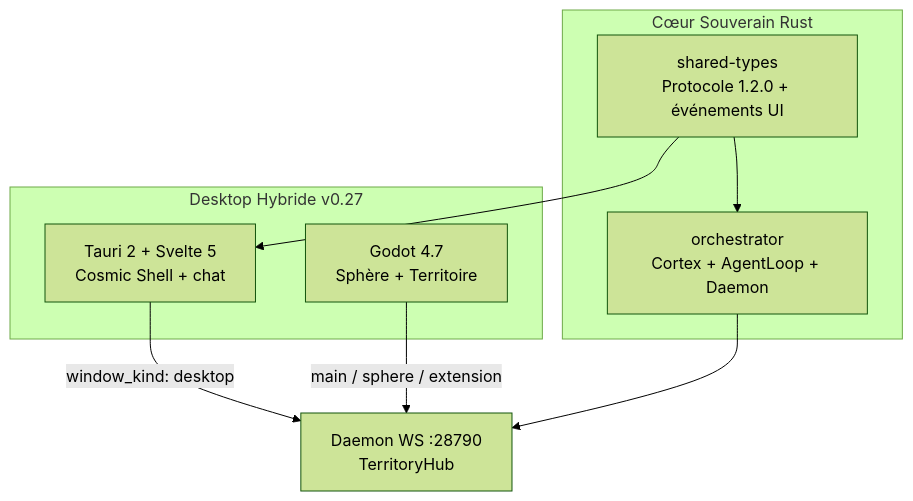
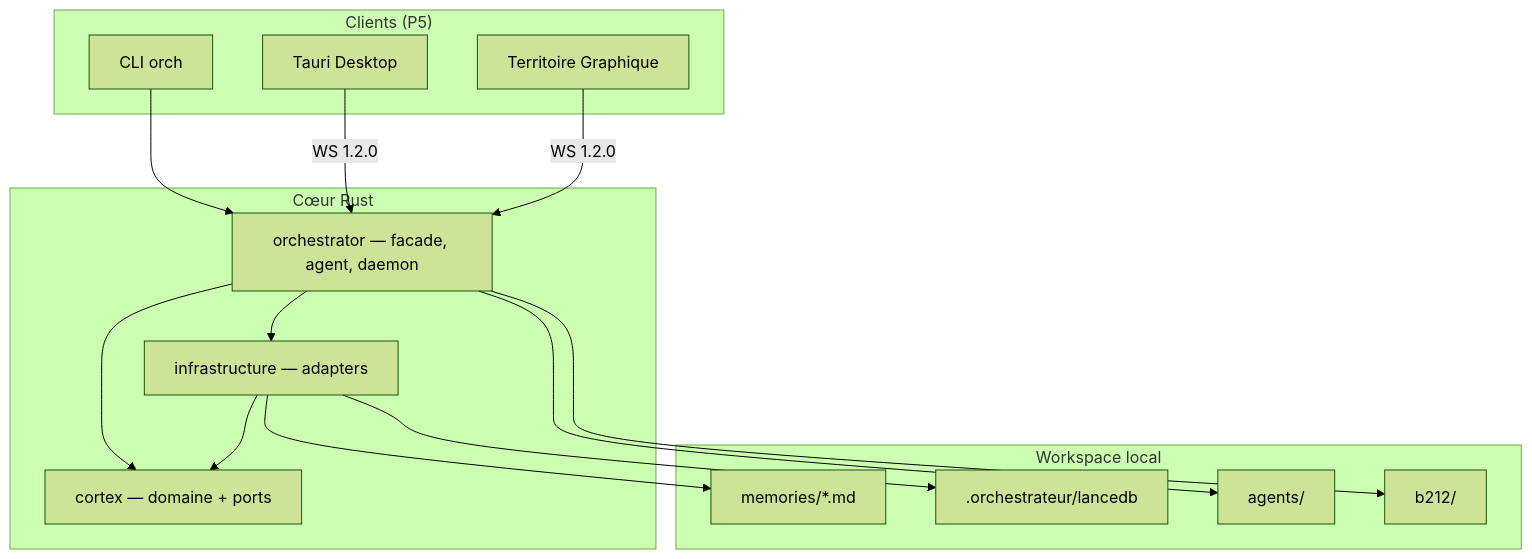
One commit to SovenLabs/orchestrateur changed the diagram in docs/architecture.md. Above: the diagram before and after it, drawn with Mermaid (forest theme). The commit also changed other lines of this file and 160 other files, not shown here.

````diff
--- a/docs/architecture.md
+++ b/docs/architecture.md
@@ -9,19 +11,32 @@
 ```mermaid
 flowchart TB
-    subgraph Desktop["Desktop Hybride v0.27"]
-        Tauri["Tauri 2 + Svelte 5<br/>Cosmic Shell + chat"]
-        Godot["Godot 4.7<br/>Sphère + Territoire"]
+    subgraph Clients["Clients (P5)"]
+        CLI["CLI orch"]
+        Tauri["Tauri Desktop"]
+        Godot["Territoire Graphique"]
     end
 
-    subgraph Rust["Cœur Souverain Rust"]
-        Orch["orchestrator<br/>Cortex + AgentLoop + Daemon"]
-        Types["shared-types<br/>Protocole 1.2.0 + événements UI"]
+    subgraph Core["Cœur Rust"]
+        Cortex["cortex — domaine + ports"]
+        Infra["infrastructure — adapters"]
+        Orch["orchestrator — facade, agent, daemon"]
     end
 
-    Tauri -->|window_kind: desktop| Daemon
-    Godot -->|main / sphere / extension| Daemon
-    Daemon["Daemon WS :28790<br/>TerritoryHub"]
-    Orch --> Daemon
-    Types --> Tauri
-    Types --> Orch
+    subgraph Data["Workspace local"]
+        MD["memories/*.md"]
+        LDB[".orchestrateur/lancedb"]
+        Agents["agents/"]
+        B212["b212/"]
+    end
+
+    CLI --> Orch
+    Tauri -->|WS 1.2.0| Orch
+    Godot -->|WS 1.2.0| Orch
+    Orch --> Cortex
+    Infra --> Cortex
+    Orch --> Infra
+    Infra --> MD
+    Infra --> LDB
+    Orch --> Agents
+    Orch --> B212
 ```
````
